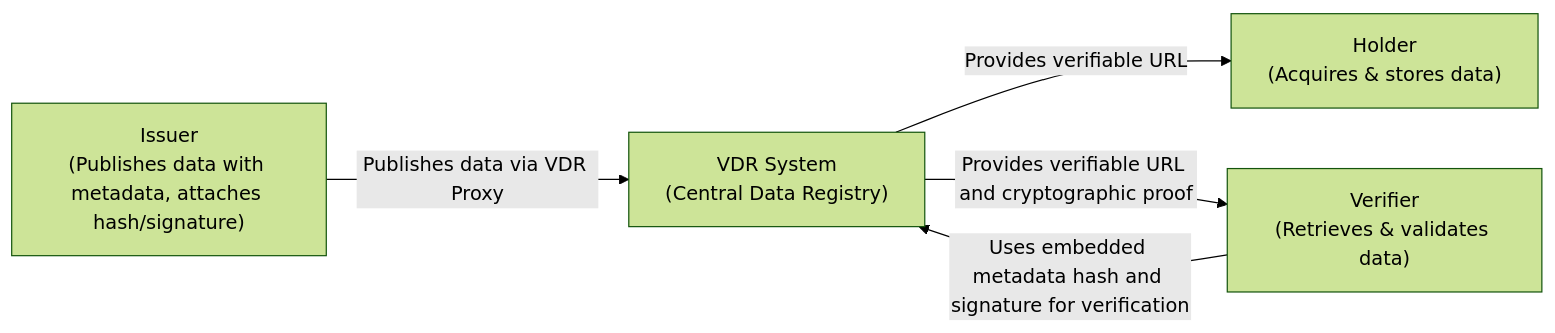
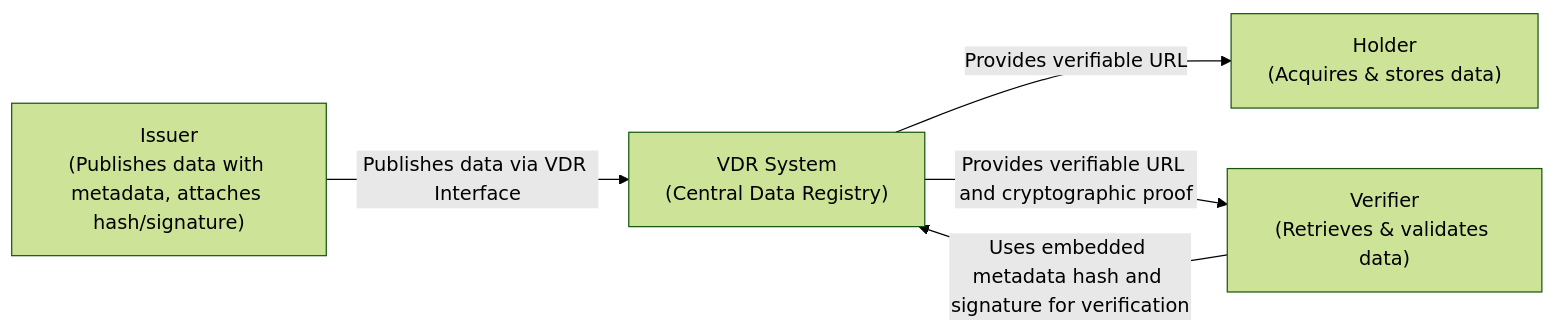
Before and after one commit to hyperledger-identus/vdr: the first of 5 diagrams in README.md, drawn with Mermaid (forest theme). The commit also changed other lines of this file, not shown here.

````diff
--- a/README.md
+++ b/README.md
@@ -109,12 +109,12 @@
 ```mermaid
 graph LR
     A["Issuer\n(Publishes data with metadata, attaches hash/signature)"]
     B["VDR System\n(Central Data Registry)"]
     C["Holder\n(Acquires & stores data)"]
     D["Verifier\n(Retrieves & validates data)"]
 
-    A -->|Publishes data via VDR Proxy| B
+    A -->|Publishes data via VDR Interface| B
     B -->|Provides verifiable URL| C
     B -->|Provides verifiable URL and cryptographic proof| D
     D -->|Uses embedded metadata hash and signature for verification| B
 ```
````
